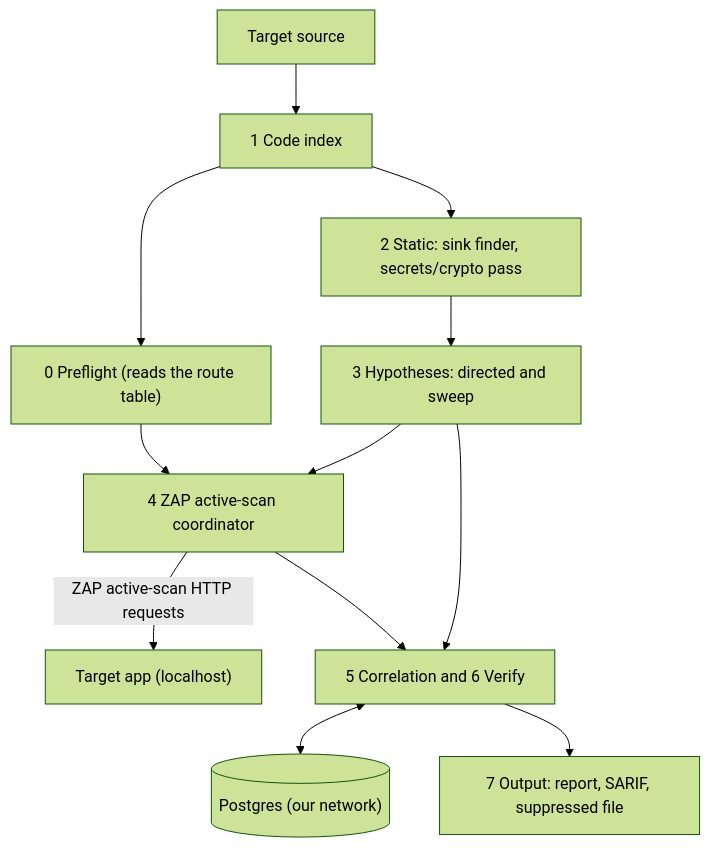
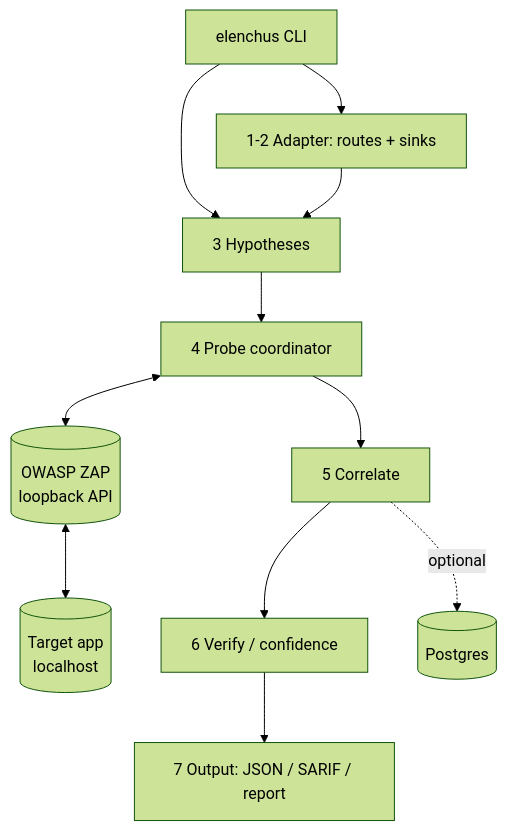
One commit to ROHITH-KUMAR-L/elenchus changed the second of 2 diagrams in README.md. Above: the diagram before and after it, drawn with Mermaid (forest theme). The commit also changed other lines of this file and 12 other files, not shown here.

````diff
--- a/README.md
+++ b/README.md
@@ -55,14 +55,13 @@
 ```mermaid
 flowchart TD
-    src[Target source] --> idx["1 Code index"]
-    idx --> pre["0 Preflight (reads the route table)"]
-    idx --> sta["2 Static: sink finder, secrets/crypto pass"]
-    sta --> hyp["3 Hypotheses: directed and sweep"]
-    pre --> probe["4 ZAP active-scan coordinator"]
-    hyp --> probe
-    probe -- "ZAP active-scan HTTP requests" --> app["Target app (localhost)"]
-    probe --> corr["5 Correlation and 6 Verify"]
-    hyp --> corr
-    corr <--> pg[("Postgres (our network)")]
-    corr --> out["7 Output: report, SARIF, suppressed file"]
+    CLI[elenchus CLI] --> P1[1-2 Adapter: routes + sinks]
+    CLI --> P3[3 Hypotheses]
+    P1 --> P3
+    P3 --> P4[4 Probe coordinator]
+    P4 <--> Z[(OWASP ZAP<br/>loopback API)]
+    Z <--> T[(Target app<br/>localhost)]
+    P4 --> P5[5 Correlate]
+    P5 --> P6[6 Verify / confidence]
+    P6 --> P7[7 Output: JSON / SARIF / report]
+    P5 -.optional.-> DB[(Postgres)]
 ```
````
